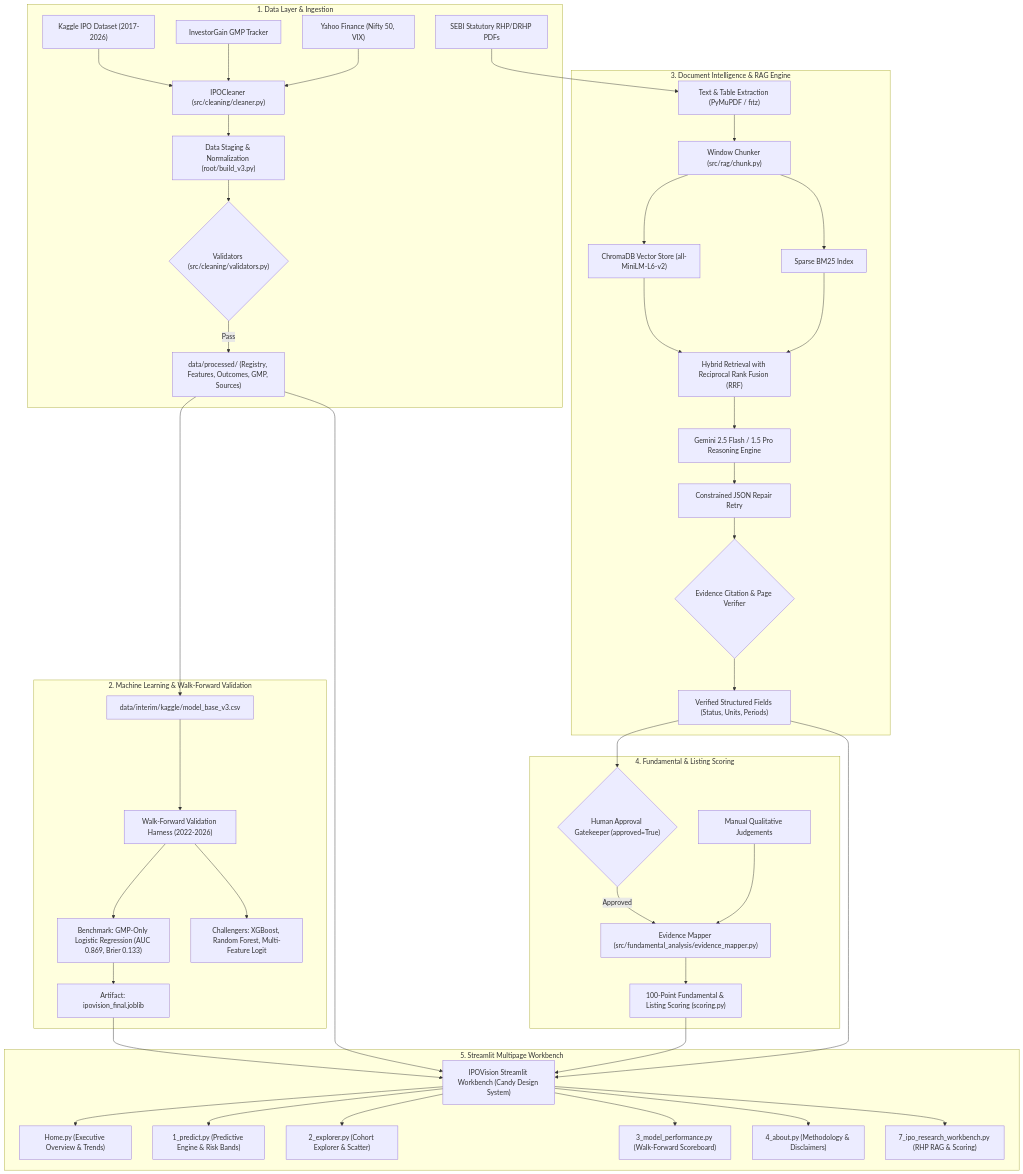
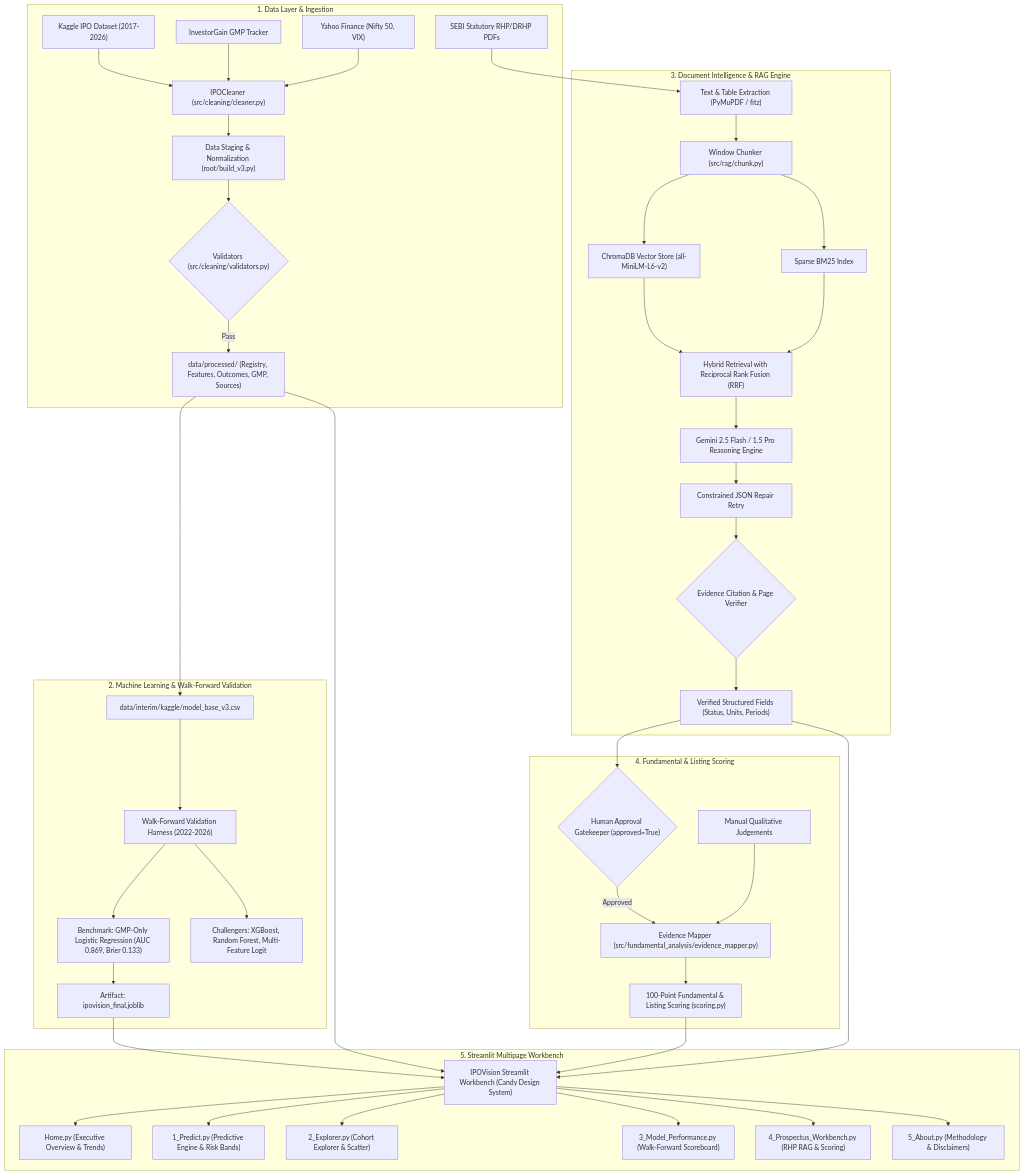
One commit to Adarsh-09/ipo-analyzer1 changed the first of 2 diagrams in project_details.md. Above: the diagram before and after it, drawn with Mermaid. The commit also changed other lines of this file and 9 other files, not shown here.

Commit message:
feat: enhance UI quality, fix explorer & workbench bugs, and add concise README/readme.me

````diff
--- a/project_details.md
+++ b/project_details.md
@@ -59,58 +59,58 @@
 ```mermaid
 flowchart TD
     subgraph Data_Layer ["1. Data Layer & Ingestion"]
         Kaggle["Kaggle IPO Dataset (2017-2026)"]
         IG["InvestorGain GMP Tracker"]
         YF["Yahoo Finance (Nifty 50, VIX)"]
         PDF["SEBI Statutory RHP/DRHP PDFs"]
         
         Kaggle --> Cleaner["IPOCleaner (src/cleaning/cleaner.py)"]
         IG --> Cleaner
         YF --> Cleaner
         Cleaner --> Staging["Data Staging & Normalization (root/build_v3.py)"]
         Staging --> Validator{"Validators (src/cleaning/validators.py)"}
         Validator -- Pass --> Processed["data/processed/ (Registry, Features, Outcomes, GMP, Sources)"]
     end
 
     subgraph ML_Layer ["2. Machine Learning & Walk-Forward Validation"]
         Processed --> ModelBase["data/interim/kaggle/model_base_v3.csv"]
         ModelBase --> WF["Walk-Forward Validation Harness (2022-2026)"]
         WF --> Benchmark["Benchmark: GMP-Only Logistic Regression (AUC 0.869, Brier 0.133)"]
         WF --> Challengers["Challengers: XGBoost, Random Forest, Multi-Feature Logit"]
         Benchmark --> Artifact["Artifact: ipovision_final.joblib"]
     end
 
     subgraph RAG_Layer ["3. Document Intelligence & RAG Engine"]
         PDF --> PyMuPDF["Text & Table Extraction (PyMuPDF / fitz)"]
         PyMuPDF --> Chunker["Window Chunker (src/rag/chunk.py)"]
         Chunker --> Chroma["ChromaDB Vector Store (all-MiniLM-L6-v2)"]
         Chunker --> BM25["Sparse BM25 Index"]
         
         Chroma & BM25 --> RRF["Hybrid Retrieval with Reciprocal Rank Fusion (RRF)"]
         RRF --> LLM["Gemini 2.5 Flash / 1.5 Pro Reasoning Engine"]
         LLM --> Repair["Constrained JSON Repair Retry"]
         Repair --> CitationCheck{"Evidence Citation & Page Verifier"}
         CitationCheck --> VerifiedFields["Verified Structured Fields (Status, Units, Periods)"]
     end
 
     subgraph Scoring_Layer ["4. Fundamental & Listing Scoring"]
         VerifiedFields --> Gatekeeper{"Human Approval Gatekeeper (approved=True)"}
         Gatekeeper -- Approved --> Mapper["Evidence Mapper (src/fundamental_analysis/evidence_mapper.py)"]
         ManualInputs["Manual Qualitative Judgements"] --> Mapper
         Mapper --> Scoring["100-Point Fundamental & Listing Scoring (scoring.py)"]
     end
 
     subgraph App_Layer ["5. Streamlit Multipage Workbench"]
         Artifact --> StreamlitApp["IPOVision Streamlit Workbench (Candy Design System)"]
         Processed --> StreamlitApp
         Scoring --> StreamlitApp
         VerifiedFields --> StreamlitApp
         
         StreamlitApp --> PageHome["Home.py (Executive Overview & Trends)"]
-        StreamlitApp --> PagePredict["1_predict.py (Predictive Engine & Risk Bands)"]
-        StreamlitApp --> PageExplorer["2_explorer.py (Cohort Explorer & Scatter)"]
-        StreamlitApp --> PagePerf["3_model_performance.py (Walk-Forward Scoreboard)"]
-        StreamlitApp --> PageAbout["4_about.py (Methodology & Disclaimers)"]
-        StreamlitApp --> PageWorkbench["7_ipo_research_workbench.py (RHP RAG & Scoring)"]
+        StreamlitApp --> PagePredict["1_Predict.py (Predictive Engine & Risk Bands)"]
+        StreamlitApp --> PageExplorer["2_Explorer.py (Cohort Explorer & Scatter)"]
+        StreamlitApp --> PagePerf["3_Model_Performance.py (Walk-Forward Scoreboard)"]
+        StreamlitApp --> PageWorkbench["4_Prospectus_Workbench.py (RHP RAG & Scoring)"]
+        StreamlitApp --> PageAbout["5_About.py (Methodology & Disclaimers)"]
     end
 ```
````
